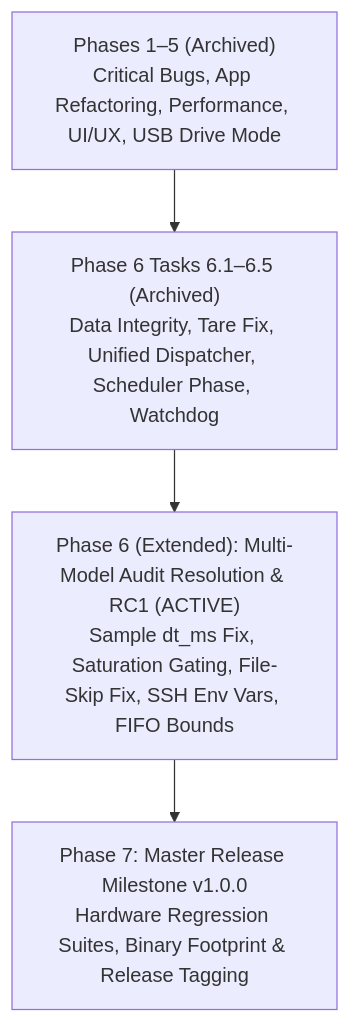
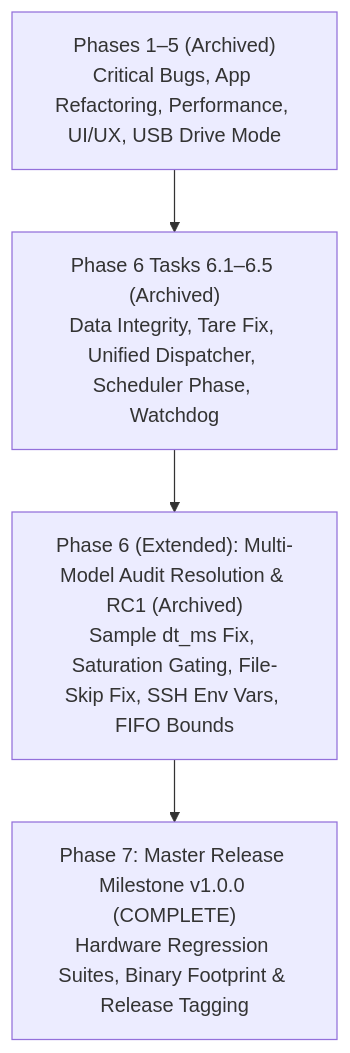
One commit to arunj123/longan_nano changed the diagram in docs/FIRMWARE_REVIEW_AND_ROADMAP.md. Above: the diagram before and after it, drawn with Mermaid. The commit also changed other lines of this file and 8 other files, not shown here.

````diff
--- a/docs/FIRMWARE_REVIEW_AND_ROADMAP.md
+++ b/docs/FIRMWARE_REVIEW_AND_ROADMAP.md
@@ -141,6 +141,6 @@
 ```mermaid
 flowchart TD
     P1to5["Phases 1–5 (Archived)<br/>Critical Bugs, App Refactoring, Performance, UI/UX, USB Drive Mode"] --> P6A["Phase 6 Tasks 6.1–6.5 (Archived)<br/>Data Integrity, Tare Fix, Unified Dispatcher, Scheduler Phase, Watchdog"]
-    P6A --> P6B["Phase 6 (Extended): Multi-Model Audit Resolution & RC1 (ACTIVE)<br/>Sample dt_ms Fix, Saturation Gating, File-Skip Fix, SSH Env Vars, FIFO Bounds"]
-    P6B --> P7["Phase 7: Master Release Milestone v1.0.0<br/>Hardware Regression Suites, Binary Footprint & Release Tagging"]
+    P6A --> P6B["Phase 6 (Extended): Multi-Model Audit Resolution & RC1 (Archived)<br/>Sample dt_ms Fix, Saturation Gating, File-Skip Fix, SSH Env Vars, FIFO Bounds"]
+    P6B --> P7["Phase 7: Master Release Milestone v1.0.0 (COMPLETE)<br/>Hardware Regression Suites, Binary Footprint & Release Tagging"]
 ```
````
